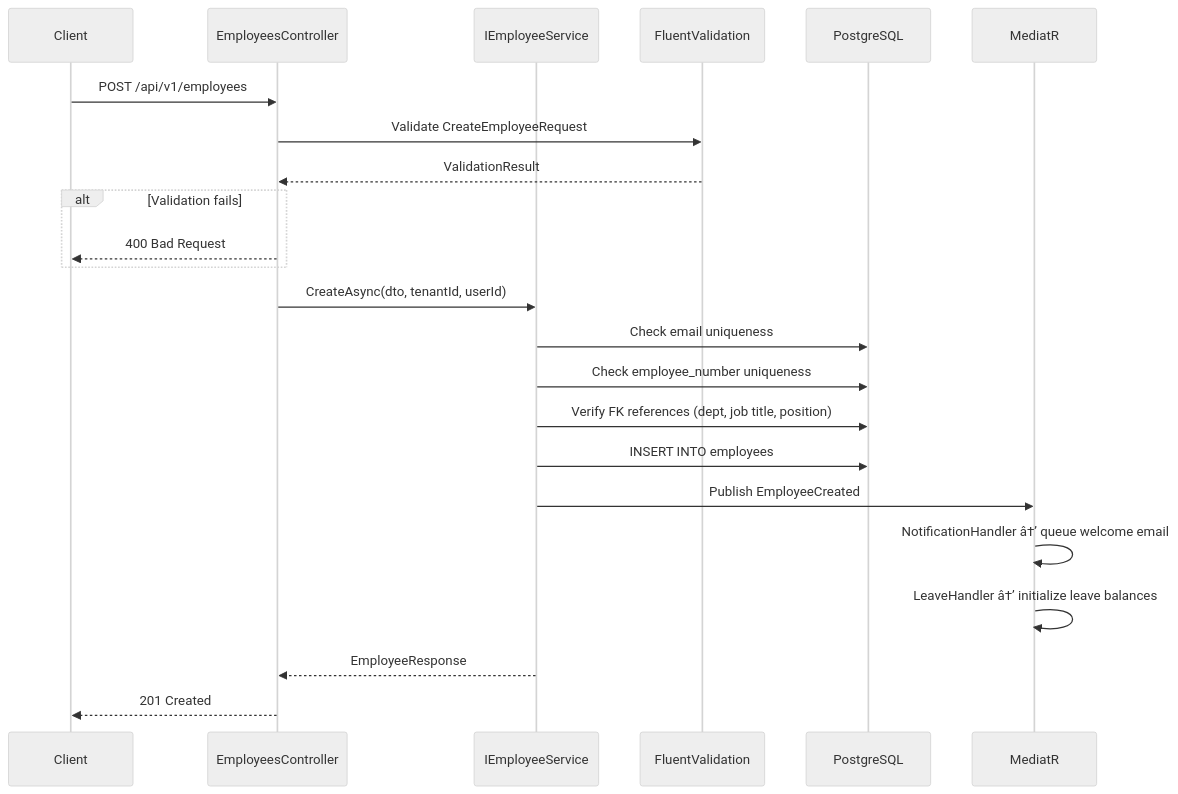
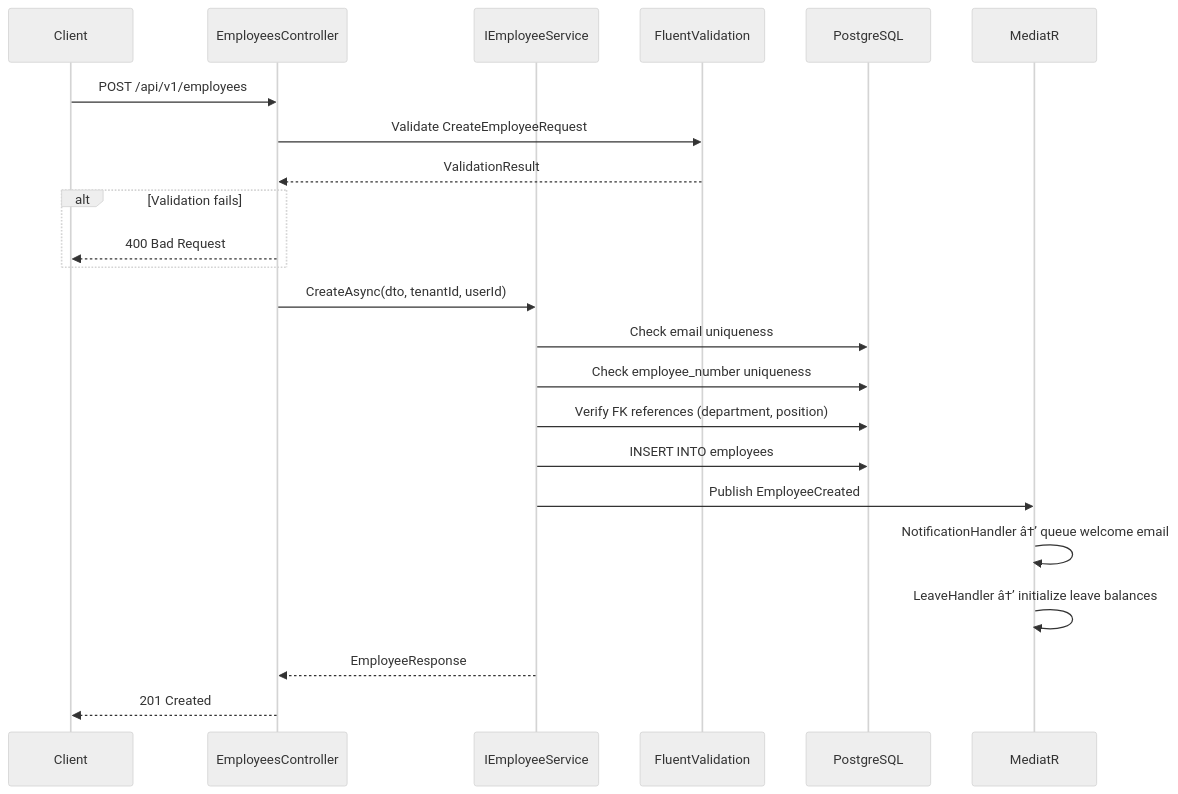
One commit to Thivaharan-25/OneVo-HR changed the diagram in modules/core-hr/employee-profiles/end-to-end-logic.md. Above: the diagram before and after it, drawn with Mermaid (neutral theme). The commit also changed other lines of this file and 78 other files, not shown here.

````diff
--- a/modules/core-hr/employee-profiles/end-to-end-logic.md
+++ b/modules/core-hr/employee-profiles/end-to-end-logic.md
@@ -87,26 +87,26 @@
 ```mermaid
 sequenceDiagram
     participant Client
     participant Controller as EmployeesController
     participant Service as IEmployeeService
     participant Validator as FluentValidation
     participant DB as PostgreSQL
     participant Bus as MediatR
 
     Client->>Controller: POST /api/v1/employees
     Controller->>Validator: Validate CreateEmployeeRequest
     Validator-->>Controller: ValidationResult
     alt Validation fails
         Controller-->>Client: 400 Bad Request
     end
     Controller->>Service: CreateAsync(dto, tenantId, userId)
     Service->>DB: Check email uniqueness
     Service->>DB: Check employee_number uniqueness
-    Service->>DB: Verify FK references (dept, job title, position)
+    Service->>DB: Verify FK references (department, position)
     Service->>DB: INSERT INTO employees
     Service->>Bus: Publish EmployeeCreated
     Bus->>Bus: NotificationHandler â†’ queue welcome email
     Bus->>Bus: LeaveHandler â†’ initialize leave balances
     Service-->>Controller: EmployeeResponse
     Controller-->>Client: 201 Created
 ```
````
